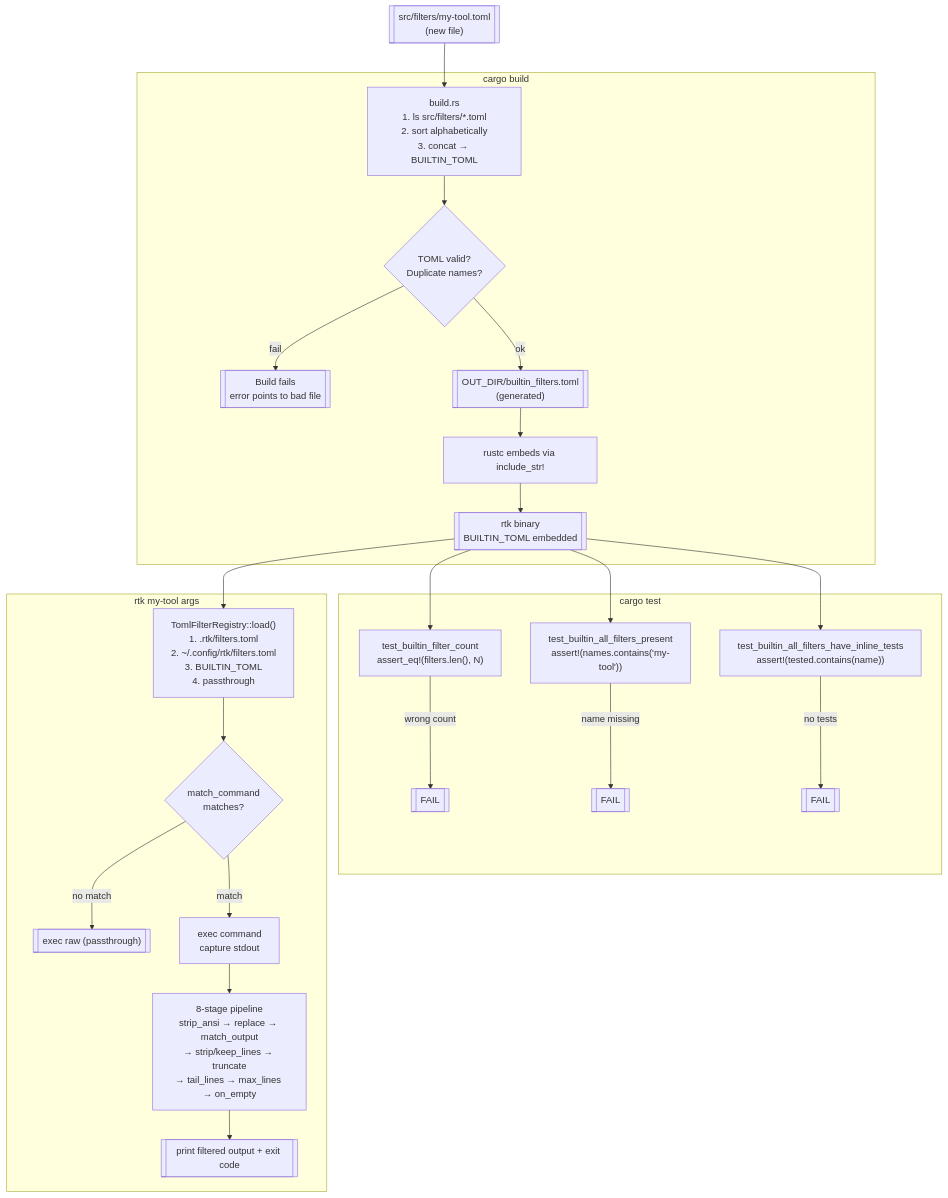
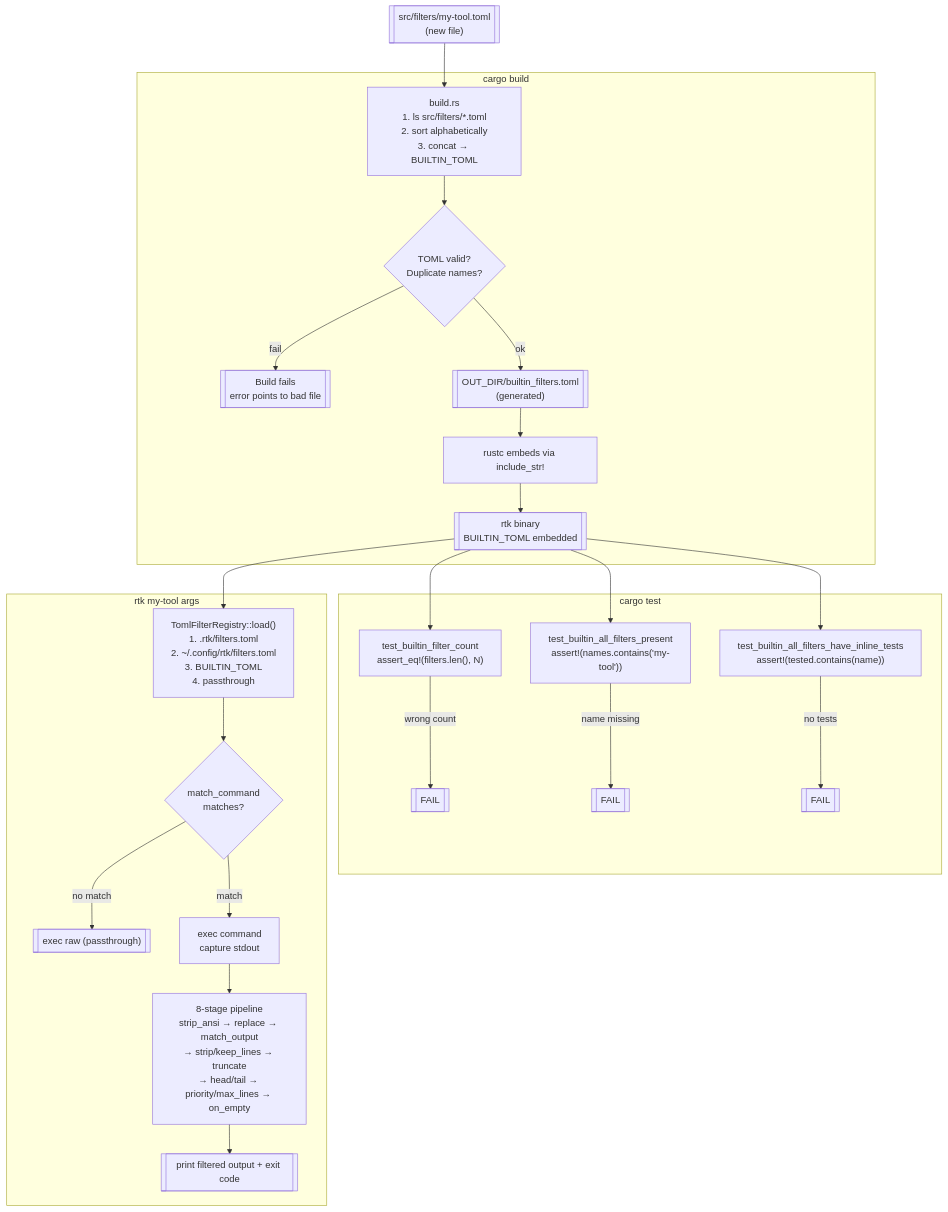
The first of 2 diagrams in src/filters/README.md (rtk-ai/rtk), drawn with Mermaid before and after one commit. The commit also changed other lines of this file, not shown here.

Commit message:
feat(filters): add priority handling for line matching in README

````diff
--- a/src/filters/README.md
+++ b/src/filters/README.md
@@ -73,28 +75,28 @@
 ```mermaid
 flowchart TD
     A[["src/filters/my-tool.toml\n(new file)"]] --> B
 
     subgraph BUILD ["cargo build"]
         B["build.rs\n1. ls src/filters/*.toml\n2. sort alphabetically\n3. concat → BUILTIN_TOML"] --> C
         C{"TOML valid?\nDuplicate names?"} -->|"fail"| D[["Build fails\nerror points to bad file"]]
         C -->|"ok"| E[["OUT_DIR/builtin_filters.toml\n(generated)"]]
         E --> F["rustc embeds via include_str!"]
         F --> G[["rtk binary\nBUILTIN_TOML embedded"]]
     end
 
     subgraph TESTS ["cargo test"]
         H["test_builtin_filter_count\nassert_eq!(filters.len(), N)"] -->|"wrong count"| I[["FAIL"]]
         J["test_builtin_all_filters_present\nassert!(names.contains('my-tool'))"] -->|"name missing"| K[["FAIL"]]
         L["test_builtin_all_filters_have_inline_tests\nassert!(tested.contains(name))"] -->|"no tests"| M[["FAIL"]]
     end
 
     subgraph RUNTIME ["rtk my-tool args"]
         R["TomlFilterRegistry::load()\n1. .rtk/filters.toml\n2. ~/.config/rtk/filters.toml\n3. BUILTIN_TOML\n4. passthrough"] --> S
         S{"match_command\nmatches?"} -->|"no match"| T[["exec raw (passthrough)"]]
         S -->|"match"| U["exec command\ncapture stdout"]
-        U --> V["8-stage pipeline\nstrip_ansi → replace → match_output\n→ strip/keep_lines → truncate\n→ tail_lines → max_lines → on_empty"]
+        U --> V["8-stage pipeline\nstrip_ansi → replace → match_output\n→ strip/keep_lines → truncate\n→ head/tail → priority/max_lines → on_empty"]
         V --> W[["print filtered output + exit code"]]
     end
 
     G --> H & J & L & R
 ```
````
